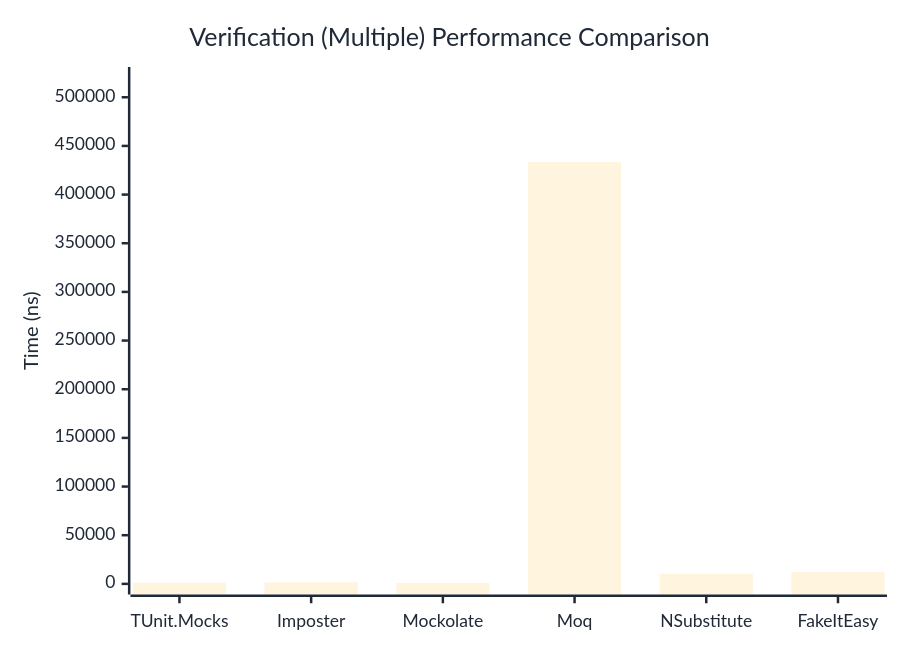
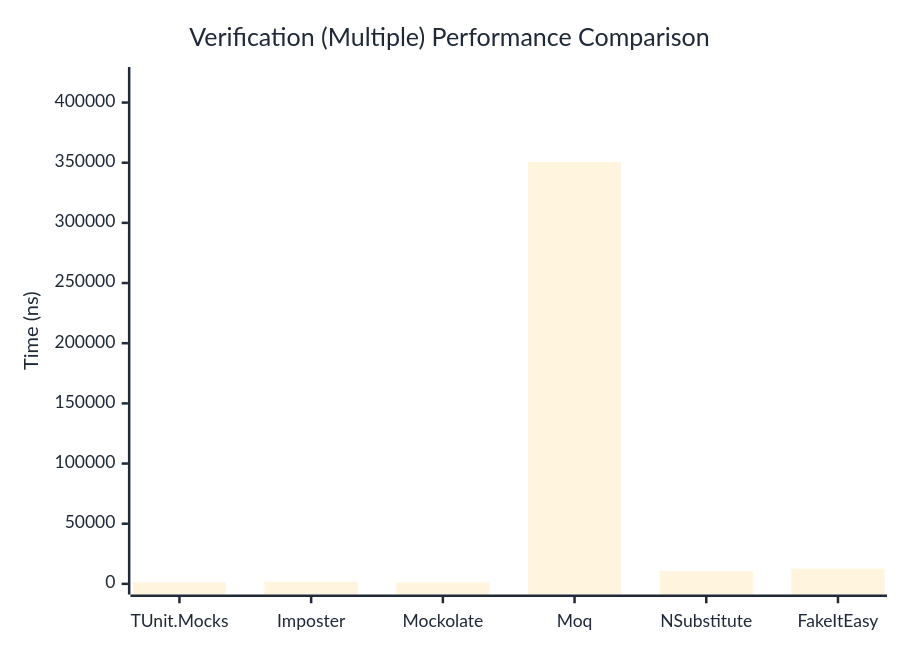
The third of 3 diagrams in docs/docs/benchmarks/mocks/Verification.md (thomhurst/TUnit), drawn with Mermaid before and after one commit. The commit also changed other lines of this file and 14 other files, not shown here.

````diff
--- a/docs/docs/benchmarks/mocks/Verification.md
+++ b/docs/docs/benchmarks/mocks/Verification.md
@@ -112,27 +112,27 @@
 ```mermaid
 %%{init: {
   'theme':'base',
   'themeVariables': {
     'primaryColor': '#2563eb',
     'primaryTextColor': '#1f2937',
     'primaryBorderColor': '#1e40af',
     'lineColor': '#6b7280',
     'secondaryColor': '#7c3aed',
     'tertiaryColor': '#dc2626',
     'background': '#ffffff',
     'pie1': '#2563eb',
     'pie2': '#7c3aed',
     'pie3': '#dc2626',
     'pie4': '#f59e0b',
     'pie5': '#10b981',
     'pie6': '#06b6d4',
     'pie7': '#ec4899',
     'pie8': '#6366f1'
   }
 }}%%
 xychart-beta
   title "Verification (Multiple) Performance Comparison"
   x-axis ["TUnit.Mocks", "Imposter", "Mockolate", "Moq", "NSubstitute", "FakeItEasy"]
-  y-axis "Time (ns)" 0 --> 520173
-  bar [1123.15, 1568.51, 1048.82, 433476.81, 10403.5, 12452.53]
+  y-axis "Time (ns)" 0 --> 420714
+  bar [1381.22, 1744.8, 1188.13, 350594.98, 10660.99, 12630.28]
 ```
````
